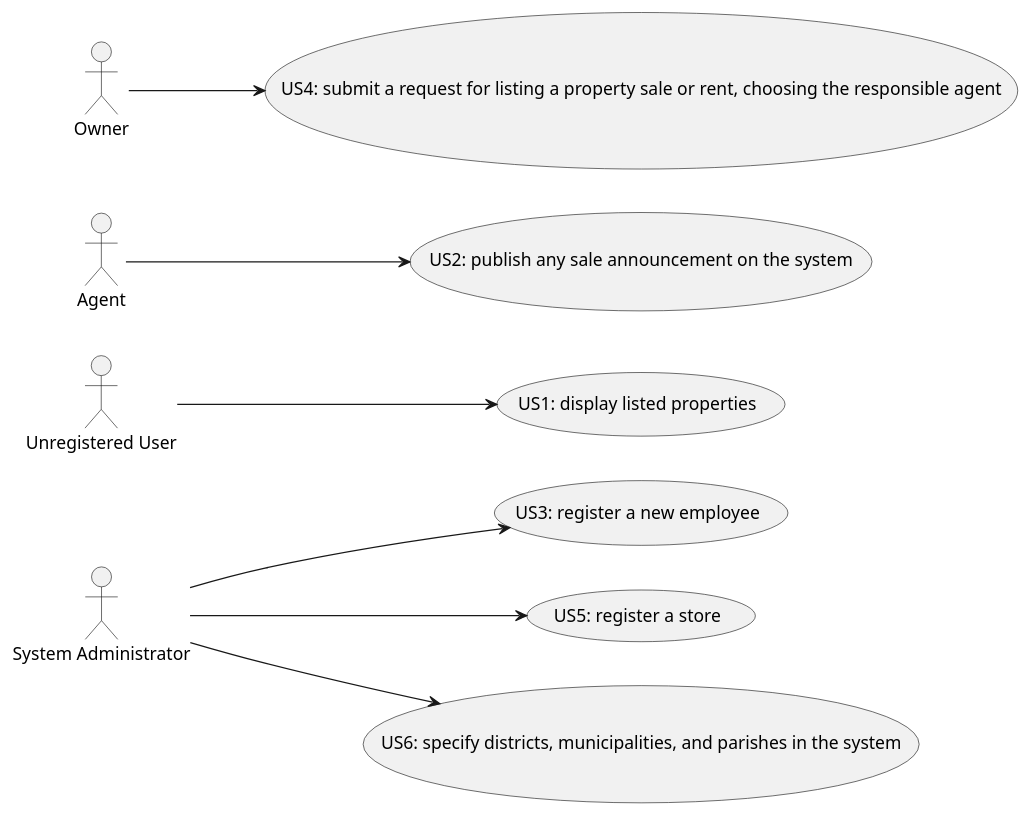
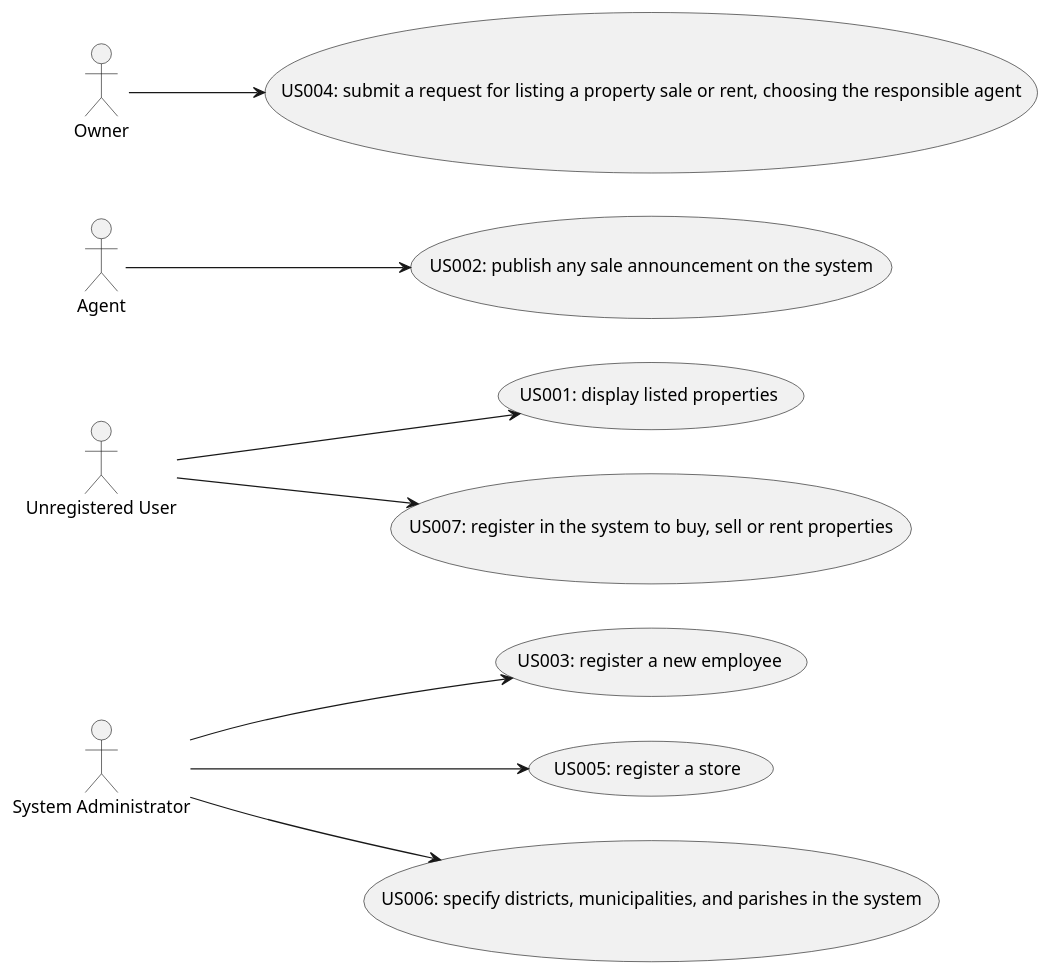
The diagram in docs/sprintB/global-artifacts/01.requirements-engineering/puml/UCD.puml (tiagohcorreia/LAPR2), drawn with PlantUML before and after one commit.

Commit message:
Use case diagram updated

```diff
--- a/docs/sprintB/global-artifacts/01.requirements-engineering/puml/UCD.puml
+++ b/docs/sprintB/global-artifacts/01.requirements-engineering/puml/UCD.puml
@@ -1,22 +1,24 @@
 @startuml
 
 :System Administrator: as Admin
 :Unregistered User: as UnregUser
 :Agent: as Agent
 :Owner: as Owner
 
 Left to right direction
 
-UnregUser --> (US1: display listed properties)
+UnregUser --> (US001: display listed properties)
 
-Agent --> (US2: publish any sale announcement on the system)
+Agent --> (US002: publish any sale announcement on the system)
 
-Admin --> (US3: register a new employee)
+Admin --> (US003: register a new employee)
 
-Owner --> (US4: submit a request for listing a property sale or rent, choosing the responsible agent)
+Owner --> (US004: submit a request for listing a property sale or rent, choosing the responsible agent)
 
-Admin --> (US5: register a store)
+Admin --> (US005: register a store)
 
-Admin --> (US6: specify districts, municipalities, and parishes in the system)
+Admin --> (US006: specify districts, municipalities, and parishes in the system)
+
+UnregUser --> (US007: register in the system to buy, sell or rent properties)
 
 @enduml
```
